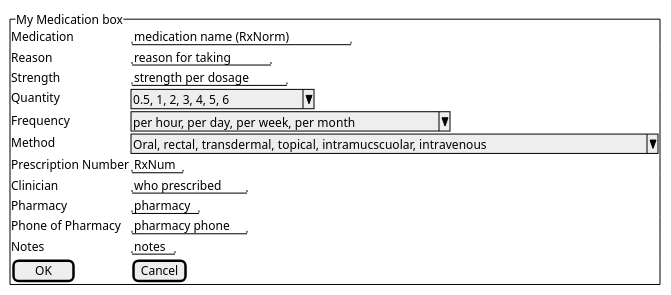
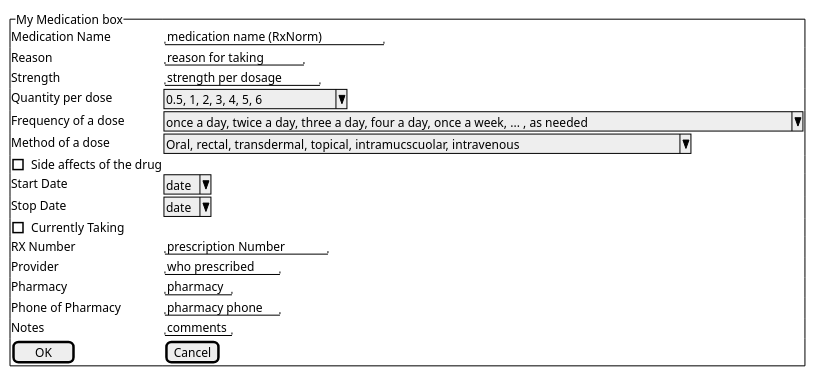
One commit to JohnMoehrke/MHV-PGHD changed the diagram in input/images-source/MyMedicationsBox.plantuml. Above: the diagram before and after it, drawn with PlantUML. The commit also changed 642 other files, not shown here.

```diff
--- a/input/images-source/MyMedicationsBox.plantuml
+++ b/input/images-source/MyMedicationsBox.plantuml
@@ -1,17 +1,21 @@
 @startsalt
 {^"My Medication box"
-  Medication| "medication name (RxNorm)   "
+  Medication Name| "medication name (RxNorm)   "
   Reason| "reason for taking"
   Strength| "strength per dosage"
-  Quantity| ^0.5, 1, 2, 3, 4, 5, 6^
-  Frequency| ^per hour, per day, per week, per month^
-  Method| ^Oral, rectal, transdermal, topical, intramucscuolar, intravenous^
-  Prescription Number| "RxNum "
-  Clinician| "who prescribed"
+  Quantity per dose| ^0.5, 1, 2, 3, 4, 5, 6^
+  Frequency of a dose| ^once a day, twice a day, three a day, four a day, once a week, ... , as needed^
+  Method of a dose| ^Oral, rectal, transdermal, topical, intramucscuolar, intravenous^
+  [] Side affects of the drug
+  Start Date| ^date^
+  Stop Date| ^date^
+  [] Currently Taking
+  RX Number| "prescription Number "
+  Provider | "who prescribed"
   Pharmacy| "pharmacy"
   Phone of Pharmacy| "pharmacy phone"
-  Notes| "notes"
+  Notes| "comments"
 
   [  OK   ] | [Cancel]  
 }
 @endsalt
```
